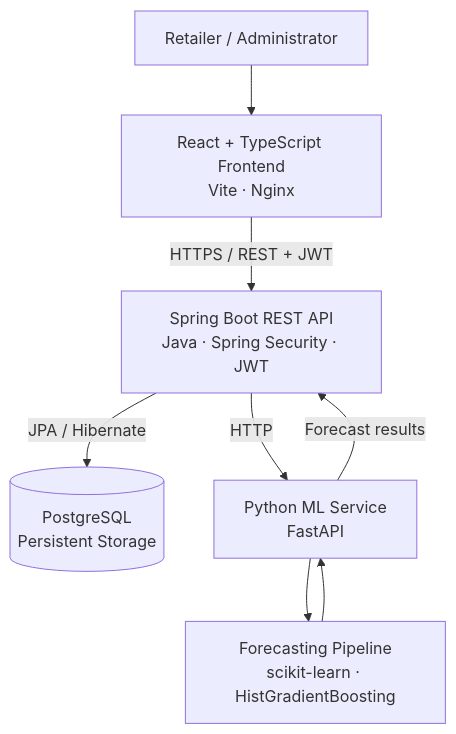
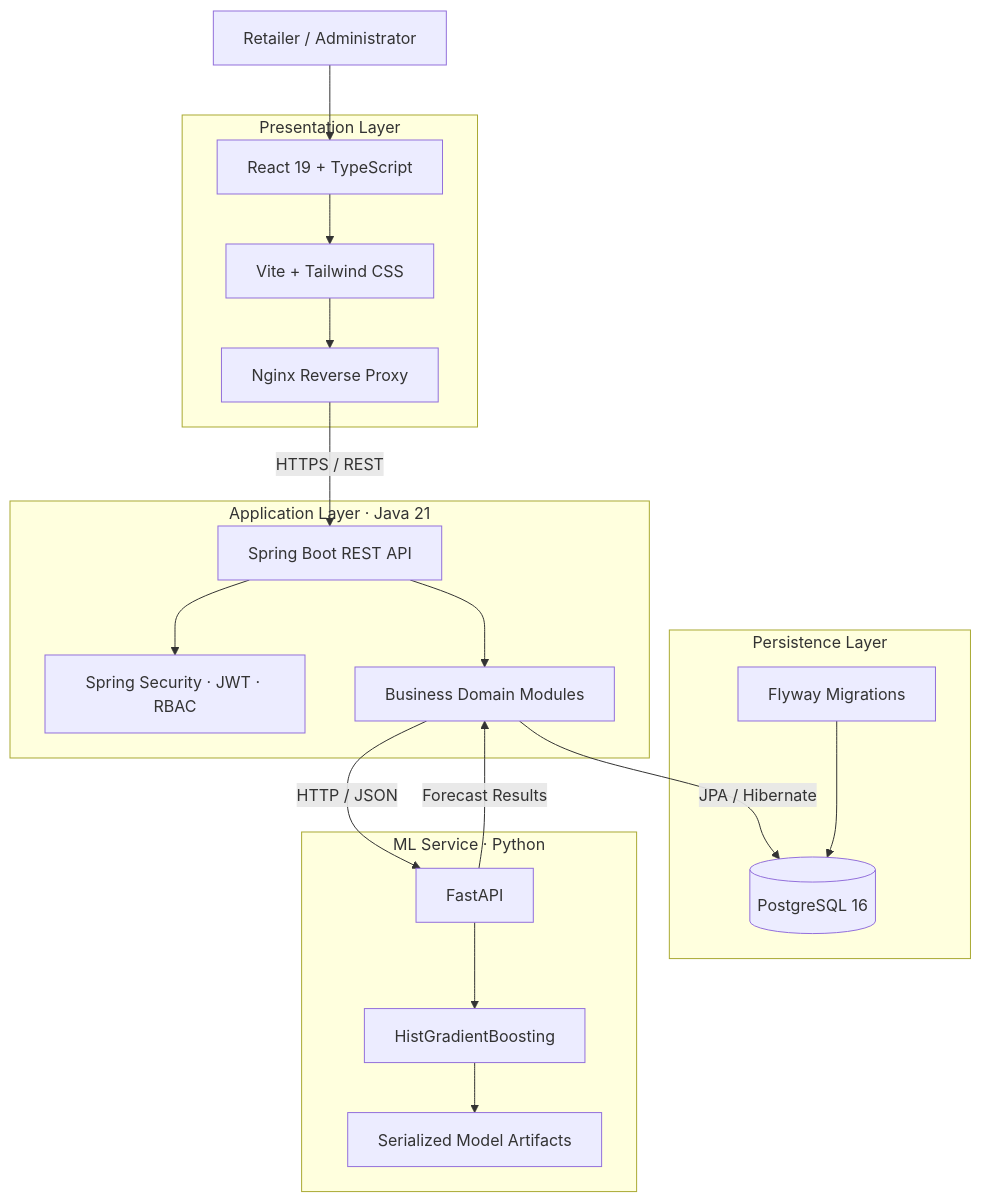
One commit to nisatsama/ShelfSense changed the first of 2 diagrams in README.md. Above: the diagram before and after it, drawn with Mermaid. The commit also changed other lines of this file, not shown here.

````diff
--- a/README.md
+++ b/README.md
@@ -12,17 +39,40 @@
 ```mermaid
 flowchart TB
-    U["Retailer / Administrator"]
-    FE["React + TypeScript Frontend<br/>Vite · Nginx"]
-    API["Spring Boot REST API<br/>Java · Spring Security · JWT"]
-    DB[("PostgreSQL<br/>Persistent Storage")]
-    ML["Python ML Service<br/>FastAPI"]
-    MODEL["Forecasting Pipeline<br/>scikit-learn · HistGradientBoosting"]
+    USER["Retailer / Administrator"]
 
-    U --> FE
-    FE -->|"HTTPS / REST + JWT"| API
-    API -->|"JPA / Hibernate"| DB
-    API -->|"HTTP"| ML
-    ML --> MODEL
-    MODEL --> ML
-    ML -->|"Forecast results"| API
+    subgraph FRONTEND["Presentation Layer"]
+        REACT["React 19 + TypeScript"]
+        VITE["Vite + Tailwind CSS"]
+        NGINX["Nginx Reverse Proxy"]
+        REACT --> VITE
+        VITE --> NGINX
+    end
+
+    subgraph BACKEND["Application Layer · Java 21"]
+        API["Spring Boot REST API"]
+        AUTH["Spring Security · JWT · RBAC"]
+        DOMAIN["Business Domain Modules"]
+        API --> AUTH
+        API --> DOMAIN
+    end
+
+    subgraph DATABASE["Persistence Layer"]
+        PG[("PostgreSQL 16")]
+        FLYWAY["Flyway Migrations"]
+    end
+
+    subgraph FORECASTING["ML Service · Python"]
+        FASTAPI["FastAPI"]
+        MODEL["HistGradientBoosting"]
+        ARTIFACTS["Serialized Model Artifacts"]
+        FASTAPI --> MODEL
+        MODEL --> ARTIFACTS
+    end
+
+    USER --> REACT
+    NGINX -->|"HTTPS / REST"| API
+    DOMAIN -->|"JPA / Hibernate"| PG
+    FLYWAY --> PG
+    DOMAIN -->|"HTTP / JSON"| FASTAPI
+    FASTAPI -->|"Forecast Results"| DOMAIN
 ```
````
